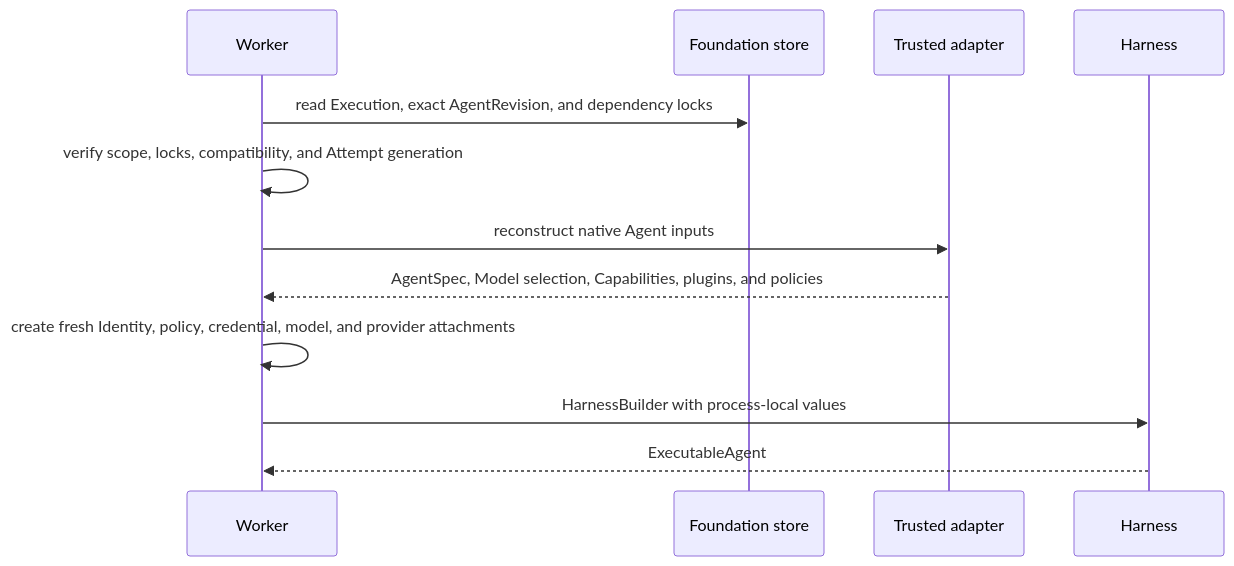
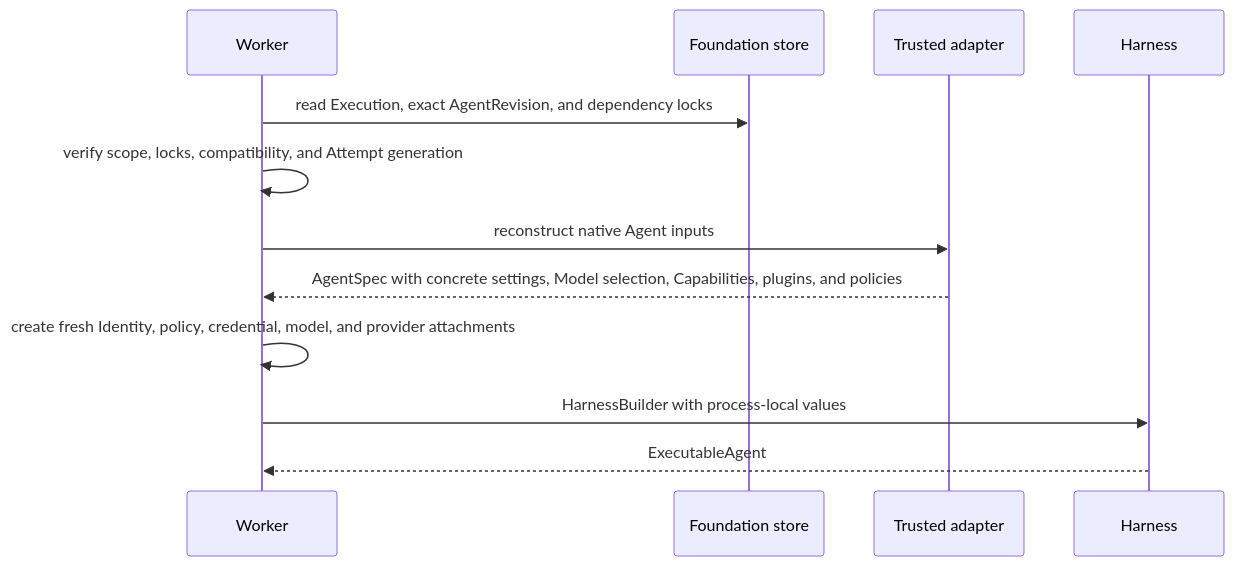
The second of 2 diagrams in spec/foundation-service/12-agent-revisions-and-reconstruction.md (LTThreeComma/agent-foundation), drawn with Mermaid before and after one commit. The commit also changed other lines of this file and 125 other files, not shown here.

````diff
--- a/spec/foundation-service/12-agent-revisions-and-reconstruction.md
+++ b/spec/foundation-service/12-agent-revisions-and-reconstruction.md
@@ -60,15 +62,15 @@
 ```mermaid
 sequenceDiagram
     participant Worker
     participant Store as Foundation store
     participant Adapter as Trusted adapter
     participant Harness
 
     Worker->>Store: read Execution, exact AgentRevision, and dependency locks
     Worker->>Worker: verify scope, locks, compatibility, and Attempt generation
     Worker->>Adapter: reconstruct native Agent inputs
-    Adapter-->>Worker: AgentSpec, Model selection, Capabilities, plugins, and policies
+    Adapter-->>Worker: AgentSpec with concrete settings, Model selection, Capabilities, plugins, and policies
     Worker->>Worker: create fresh Identity, policy, credential, model, and provider attachments
     Worker->>Harness: HarnessBuilder with process-local values
     Harness-->>Worker: ExecutableAgent
 ```
````
